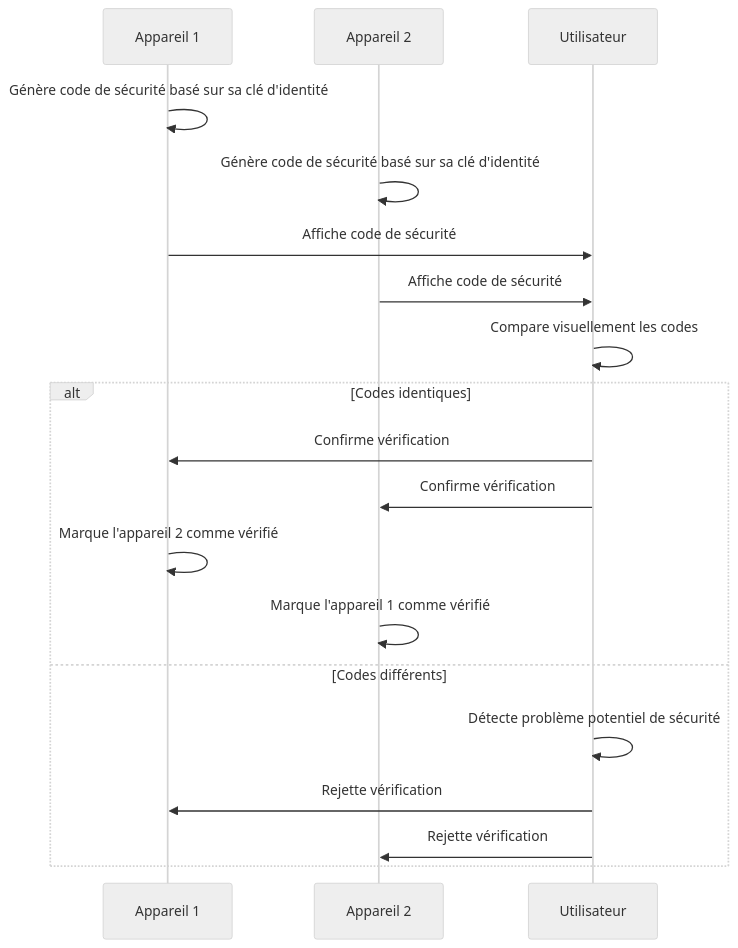
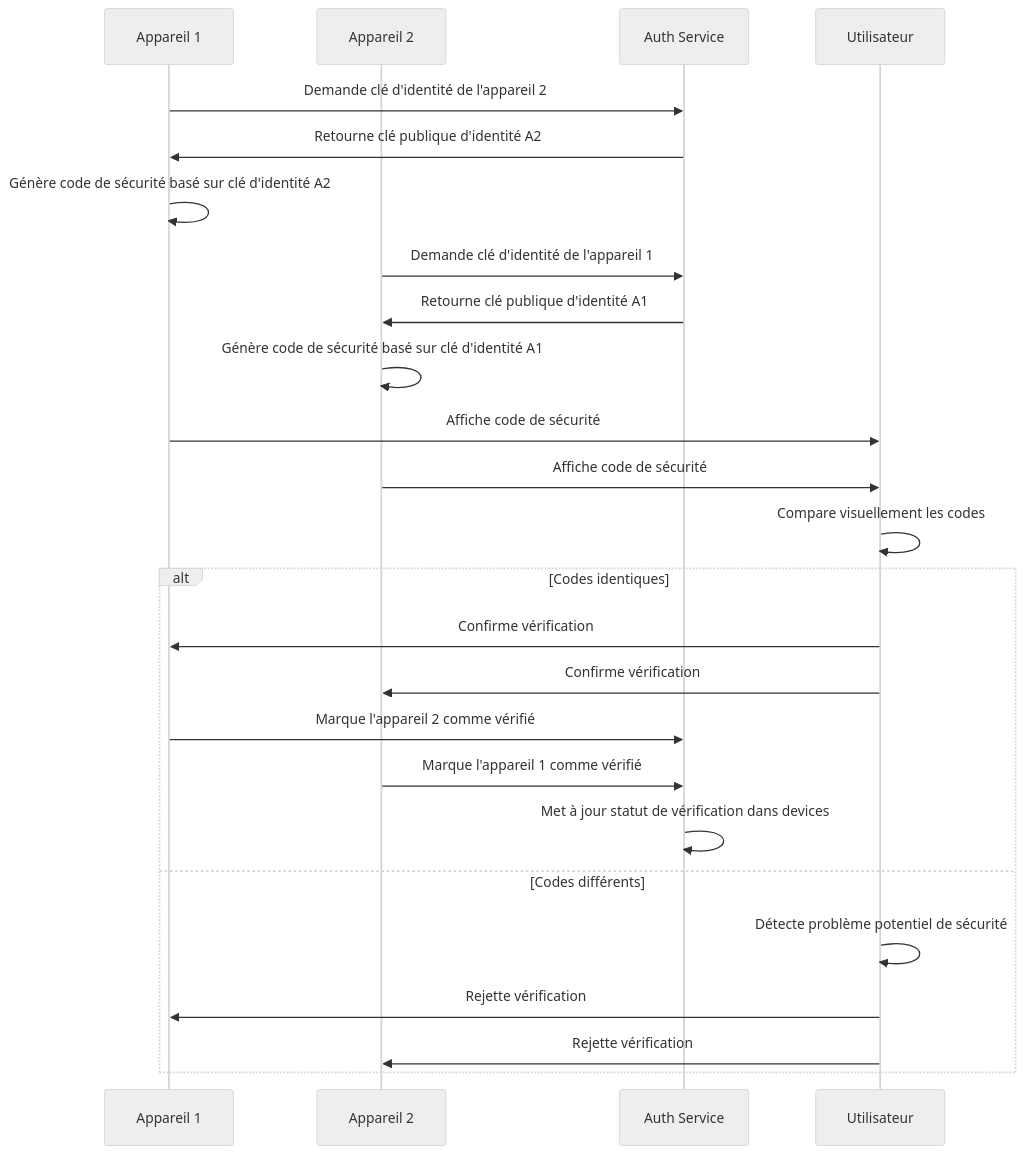
Before and after one commit to whispr-messenger/auth-service: diagram 11 of 13 in documentation/2_fonctional_specs/4_encryption_end_to_end.md, drawn with Mermaid (neutral theme). The commit also changed other lines of this file and 4 other files, not shown here.

Commit message:
📝 Update devices data managed by auth service

````diff
--- a/documentation/2_fonctional_specs/4_encryption_end_to_end.md
+++ b/documentation/2_fonctional_specs/4_encryption_end_to_end.md
@@ -528,25 +556,32 @@
 ```mermaid
 sequenceDiagram
     participant A1 as Appareil 1
     participant A2 as Appareil 2
+    participant AuthService as Auth Service
     participant U as Utilisateur
     
-    A1->>A1: Génère code de sécurité basé sur sa clé d'identité
-    A2->>A2: Génère code de sécurité basé sur sa clé d'identité
+    A1->>AuthService: Demande clé d'identité de l'appareil 2
+    AuthService->>A1: Retourne clé publique d'identité A2
+    A1->>A1: Génère code de sécurité basé sur clé d'identité A2
+    
+    A2->>AuthService: Demande clé d'identité de l'appareil 1
+    AuthService->>A2: Retourne clé publique d'identité A1
+    A2->>A2: Génère code de sécurité basé sur clé d'identité A1
     
     A1->>U: Affiche code de sécurité
     A2->>U: Affiche code de sécurité
     
     U->>U: Compare visuellement les codes
     
     alt Codes identiques
         U->>A1: Confirme vérification
         U->>A2: Confirme vérification
-        A1->>A1: Marque l'appareil 2 comme vérifié
-        A2->>A2: Marque l'appareil 1 comme vérifié
+        A1->>AuthService: Marque l'appareil 2 comme vérifié
+        A2->>AuthService: Marque l'appareil 1 comme vérifié
+        AuthService->>AuthService: Met à jour statut de vérification dans devices
     else Codes différents
         U->>U: Détecte problème potentiel de sécurité
         U->>A1: Rejette vérification
         U->>A2: Rejette vérification
     end
 ```
````
